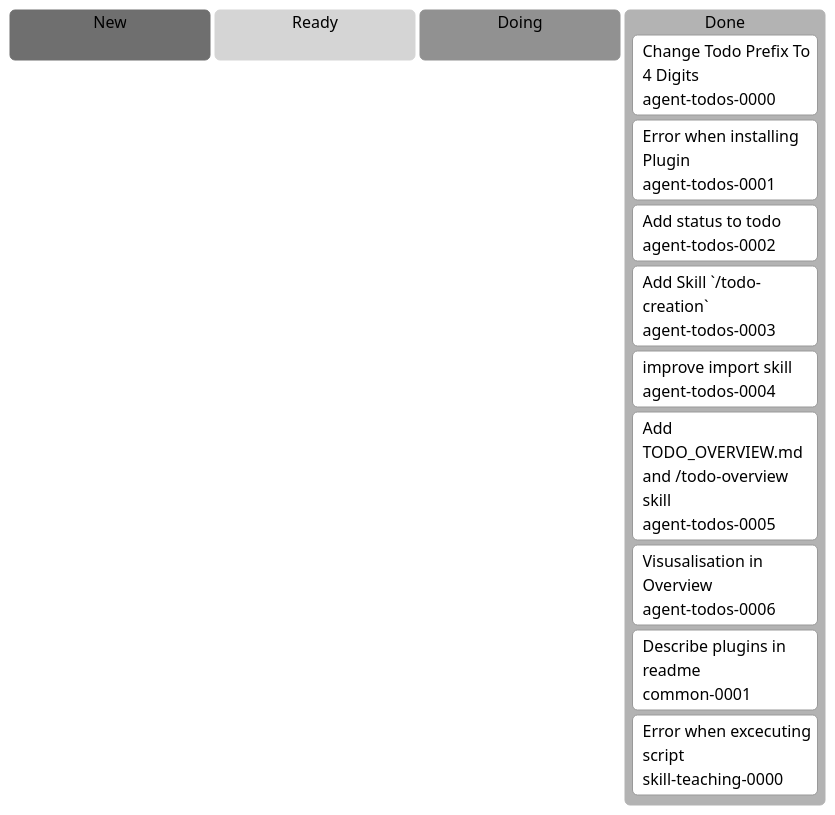
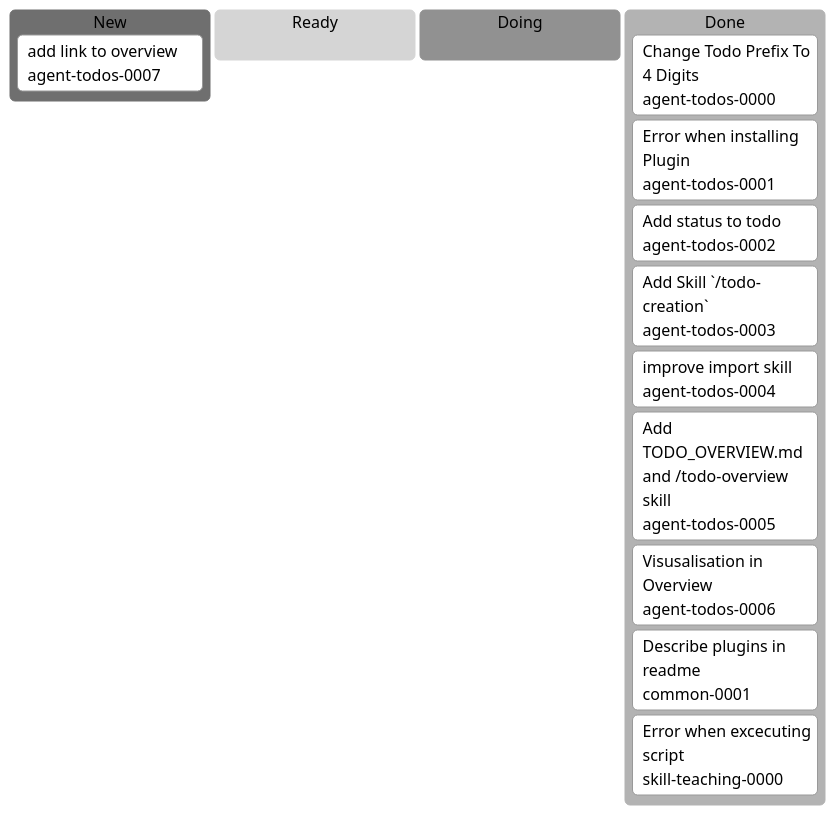
One commit to erich3000/ji-agent-skills changed the diagram in docs/agent-todos/TODO_OVERVIEW.md. Above: the diagram before and after it, drawn with Mermaid. The commit also changed other lines of this file and 1 other file, not shown here.

````diff
--- a/docs/agent-todos/TODO_OVERVIEW.md
+++ b/docs/agent-todos/TODO_OVERVIEW.md
@@ -19,20 +20,20 @@
 ```mermaid
 %%{init: {"theme":"neutral"}}%%
 kanban
   new[New]
-
+    agent-todos-0007[add link to overview]@{ ticket: agent-todos-0007 }
   ready[Ready]
 
   doing[Doing]
 
   done[Done]
     agent-todos-0000[Change Todo Prefix To 4 Digits]@{ ticket: agent-todos-0000 }
     agent-todos-0001[Error when installing Plugin]@{ ticket: agent-todos-0001 }
     agent-todos-0002[Add status to todo]@{ ticket: agent-todos-0002 }
     agent-todos-0003[Add Skill `/todo-creation`]@{ ticket: agent-todos-0003 }
     agent-todos-0004[improve import skill]@{ ticket: agent-todos-0004 }
     agent-todos-0005[Add TODO_OVERVIEW.md and /todo-overview skill]@{ ticket: agent-todos-0005 }
     agent-todos-0006[Visusalisation in Overview]@{ ticket: agent-todos-0006 }
     common-0001[Describe plugins in readme]@{ ticket: common-0001 }
     skill-teaching-0000[Error when excecuting script]@{ ticket: skill-teaching-0000 }
 ```
````
